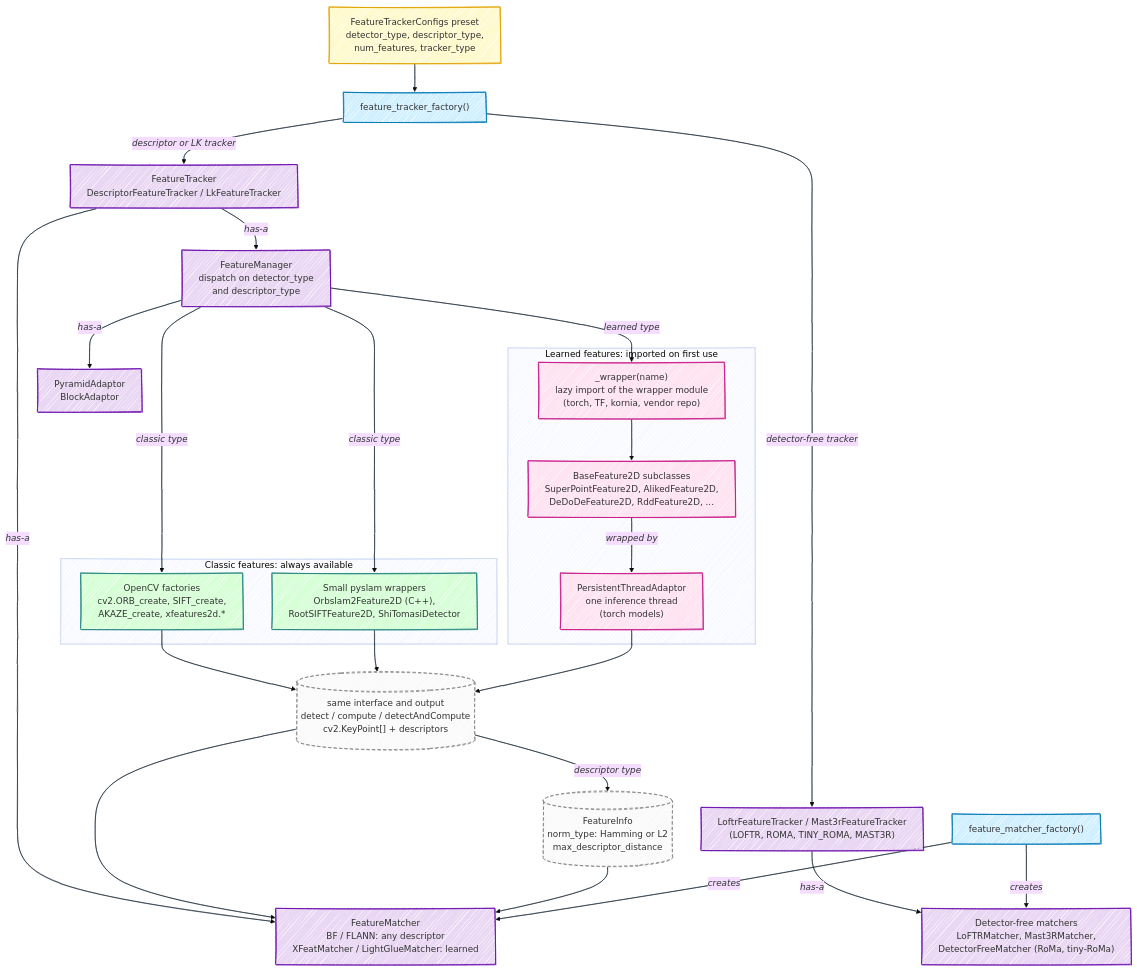
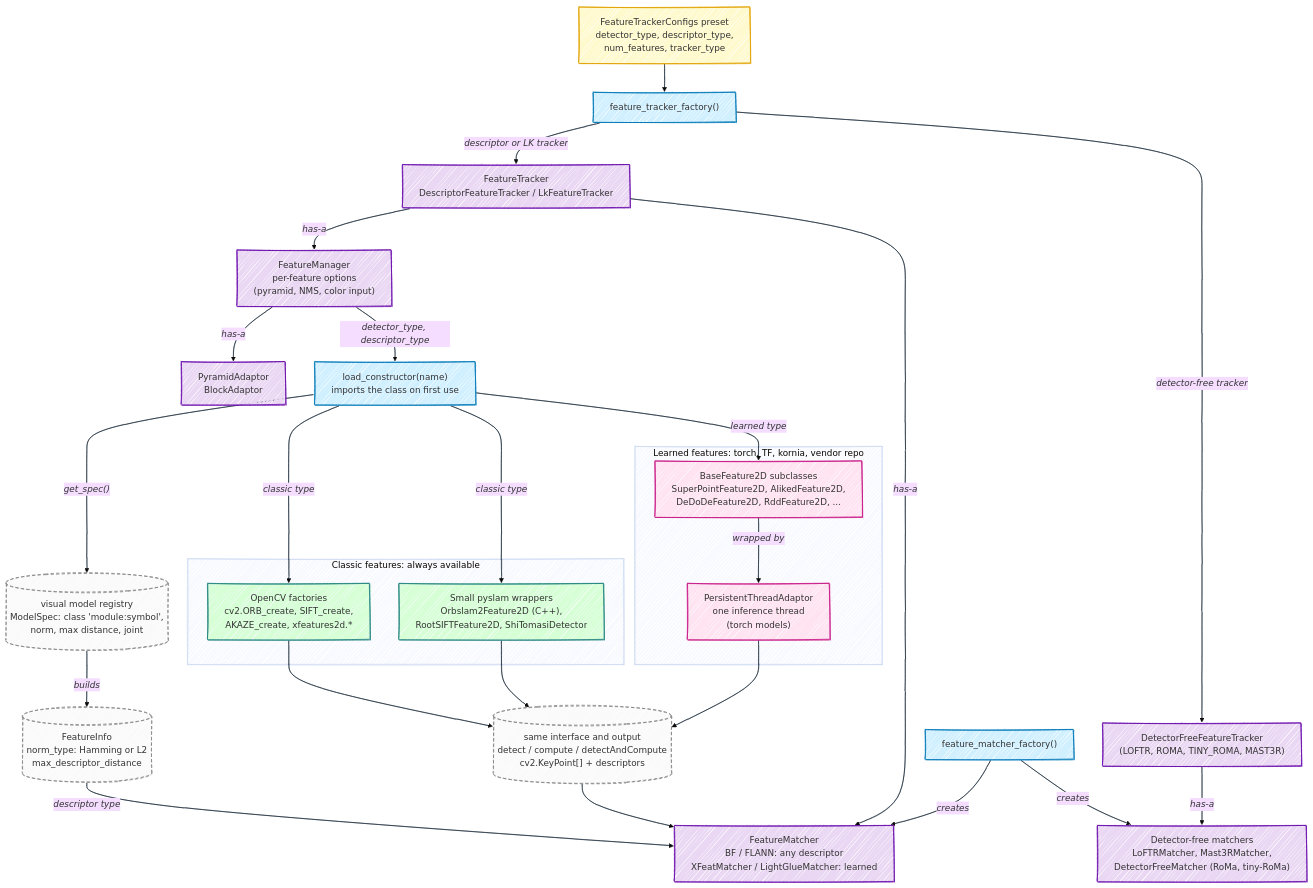
One commit to luigifreda/pyslam changed the diagram in docs/images/shared/feature_management.mmd. Above: the diagram before and after it, drawn with Mermaid (base theme). The commit also changed 33 other files, not shown here.

First line of the commit message:
Make the visual model registry the single source of truth for features

```diff
--- a/docs/images/shared/feature_management.mmd
+++ b/docs/images/shared/feature_management.mmd
@@ -1,71 +1,73 @@
 ---
 config:
   look: handDrawn
   flowchart:
     wrappingWidth: 400
 ---
 graph TB;
     %% How classic and learned local features are created, run and matched
     linkStyle default stroke:#021526,stroke-width:1px,font-size:16px;
 
     classDef config fill:#FFFACD,stroke:#E1A100,stroke-width:1.5px,font-size:16px;
     classDef factory fill:#D1F0FF,stroke:#0077B6,stroke-width:1.5px,font-size:16px;
     classDef manager fill:#EAD7F3,stroke:#6A0DAD,stroke-width:1.5px,font-size:16px;
     classDef classic fill:#D6FFD6,stroke:#218380,stroke-width:1.5px,font-size:16px;
     classDef learned fill:#FFE3F1,stroke:#C71585,stroke-width:1.5px,font-size:16px;
     classDef output fill:#FAFAFA,stroke:#888888,stroke-width:1.5px,stroke-dasharray:6 4,font-size:16px;
 
     Preset["FeatureTrackerConfigs preset<br>detector_type, descriptor_type,<br>num_features, tracker_type"];
     TrackerFactory["feature_tracker_factory()"];
     Tracker["FeatureTracker<br>DescriptorFeatureTracker / LkFeatureTracker"];
-    DFTracker["LoftrFeatureTracker / Mast3rFeatureTracker<br>(LOFTR, ROMA, TINY_ROMA, MAST3R)"];
-    Manager["FeatureManager<br>dispatch on detector_type<br>and descriptor_type"];
+    DFTracker["DetectorFreeFeatureTracker<br>(LOFTR, ROMA, TINY_ROMA, MAST3R)"];
+    Manager["FeatureManager<br>per-feature options<br>(pyramid, NMS, color input)"];
     Adaptors["PyramidAdaptor<br>BlockAdaptor"];
+    Registry[("visual model registry<br>ModelSpec: class 'module:symbol',<br>norm, max distance, joint")];
+    Load["load_constructor(name)<br>imports the class on first use"];
 
     subgraph classicbox["Classic features: always available"]
         CV["OpenCV factories<br>cv2.ORB_create, SIFT_create,<br>AKAZE_create, xfeatures2d.*"];
         CvWrap["Small pyslam wrappers<br>Orbslam2Feature2D (C++),<br>RootSIFTFeature2D, ShiTomasiDetector"];
     end
 
-    subgraph learnedbox["Learned features: imported on first use"]
-        Lazy["_wrapper(name)<br>lazy import of the wrapper module<br>(torch, TF, kornia, vendor repo)"];
+    subgraph learnedbox["Learned features: torch, TF, kornia, vendor repo"]
         Base["BaseFeature2D subclasses<br>SuperPointFeature2D, AlikedFeature2D,<br>DeDoDeFeature2D, RddFeature2D, ..."];
         Persistent["PersistentThreadAdaptor<br>one inference thread<br>(torch models)"];
     end
 
     Output[("same interface and output<br>detect / compute / detectAndCompute<br>cv2.KeyPoint[] + descriptors")];
     Info[("FeatureInfo<br>norm_type: Hamming or L2<br>max_descriptor_distance")];
     MatcherFactory["feature_matcher_factory()"];
     Matcher["FeatureMatcher<br>BF / FLANN: any descriptor<br>XFeatMatcher / LightGlueMatcher: learned"];
     DFMatcher["Detector-free matchers<br>LoFTRMatcher, Mast3RMatcher,<br>DetectorFreeMatcher (RoMa, tiny-RoMa)"];
 
     Preset --> TrackerFactory;
     TrackerFactory -->|"`_descriptor or LK tracker_`"| Tracker;
     TrackerFactory -->|"`_detector-free tracker_`"| DFTracker;
     Tracker -->|"`_has-a_`"| Manager;
     Tracker -->|"`_has-a_`"| Matcher;
     DFTracker -->|"`_has-a_`"| DFMatcher;
     Manager -->|"`_has-a_`"| Adaptors;
 
-    Manager -->|"`_classic type_`"| CV;
-    Manager -->|"`_classic type_`"| CvWrap;
-    Manager -->|"`_learned type_`"| Lazy;
-    Lazy --> Base;
+    Manager -->|"`_detector_type, descriptor_type_`"| Load;
+    Load -->|"`_get_spec()_`"| Registry;
+    Load -->|"`_classic type_`"| CV;
+    Load -->|"`_classic type_`"| CvWrap;
+    Load -->|"`_learned type_`"| Base;
     Base -->|"`_wrapped by_`"| Persistent;
+    Registry -->|"`_builds_`"| Info;
 
     CV --> Output;
     CvWrap --> Output;
     Persistent --> Output;
-    Output -->|"`_descriptor type_`"| Info;
     Output --> Matcher;
-    Info --> Matcher;
+    Info -->|"`_descriptor type_`"| Matcher;
     MatcherFactory -->|"`_creates_`"| Matcher;
     MatcherFactory -->|"`_creates_`"| DFMatcher;
 
 
     class Preset config;
-    class TrackerFactory,MatcherFactory factory;
+    class TrackerFactory,MatcherFactory,Load factory;
     class Tracker,DFTracker,Manager,Adaptors,Matcher,DFMatcher manager;
     class CV,CvWrap classic;
-    class Lazy,Base,Persistent learned;
-    class Output,Info output;
+    class Base,Persistent learned;
+    class Output,Info,Registry output;
```
